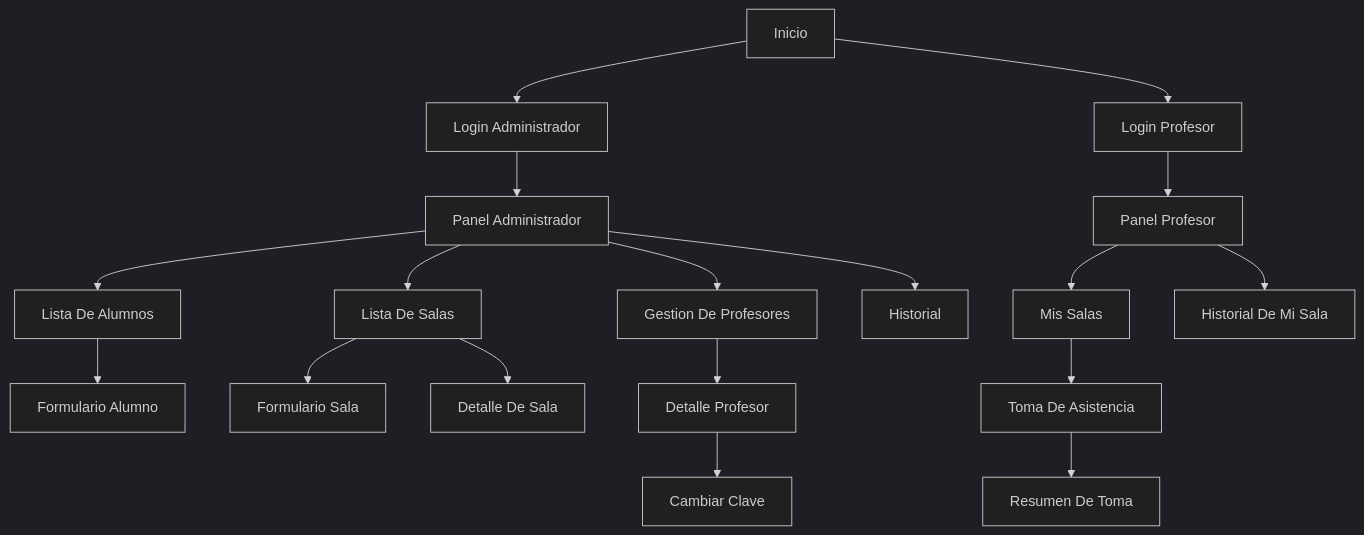
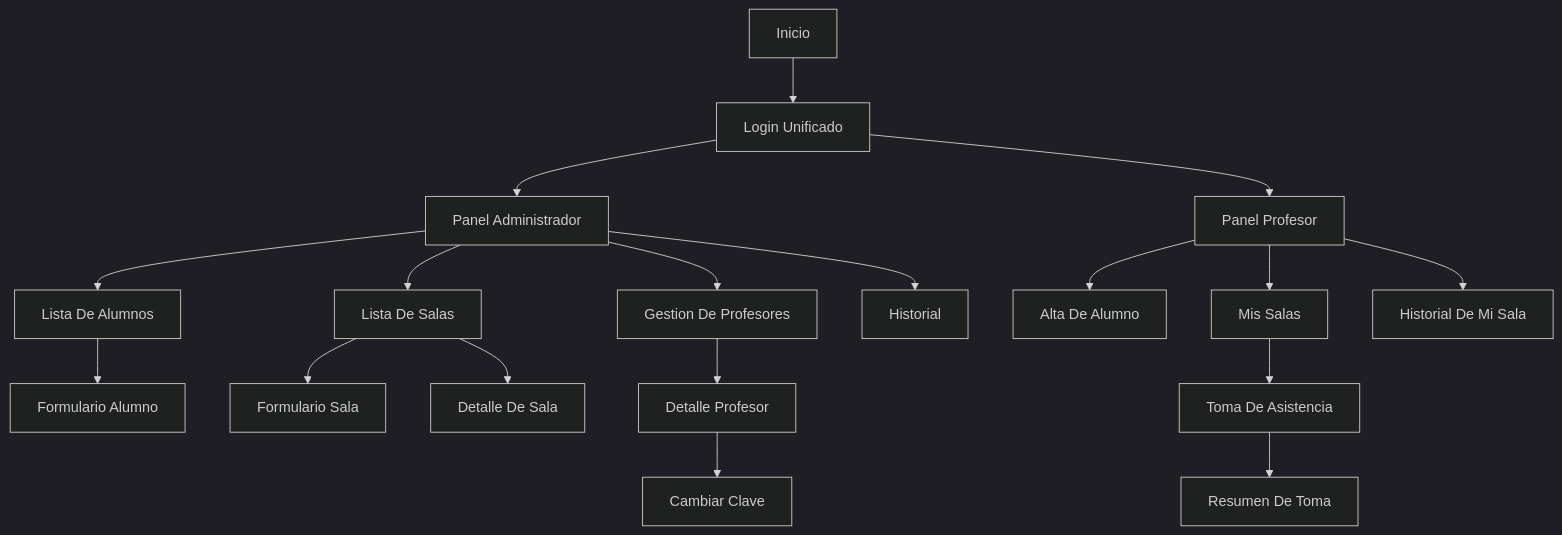
Before and after one commit to FacuDemarchi/PracticaProfesional: the diagram in diseño/pantallas-y-navegacion.md, drawn with Mermaid (dark theme). The commit also changed other lines of this file and 8 other files, not shown here.

First line of the commit message:
docs(design): update docs and add initial postgres schema

````diff
--- a/diseño/pantallas-y-navegacion.md
+++ b/diseño/pantallas-y-navegacion.md
@@ -9,24 +9,24 @@
 ```mermaid
 flowchart TD
-    I[Inicio] --> LA[Login Administrador]
-    I --> LP[Login Profesor]
+    I[Inicio] --> LU[Login Unificado]
 
-    LA --> PA[Panel Administrador]
-    LP --> PP[Panel Profesor]
+    LU --> PA[Panel Administrador]
+    LU --> PP[Panel Profesor]
 
     PA --> AL1[Lista De Alumnos]
     PA --> SA1[Lista De Salas]
     PA --> PR1[Gestion De Profesores]
     PA --> HI1[Historial]
 
     AL1 --> FA[Formulario Alumno]
     SA1 --> FS[Formulario Sala]
     SA1 --> TA[Detalle De Sala]
     PR1 --> FP[Detalle Profesor]
     FP --> CP[Cambiar Clave]
 
+    PP --> AA[Alta De Alumno]
     PP --> SA2[Mis Salas]
     PP --> HI2[Historial De Mi Sala]
     SA2 --> TO[Toma De Asistencia]
     TO --> RS[Resumen De Toma]
 ```
````
